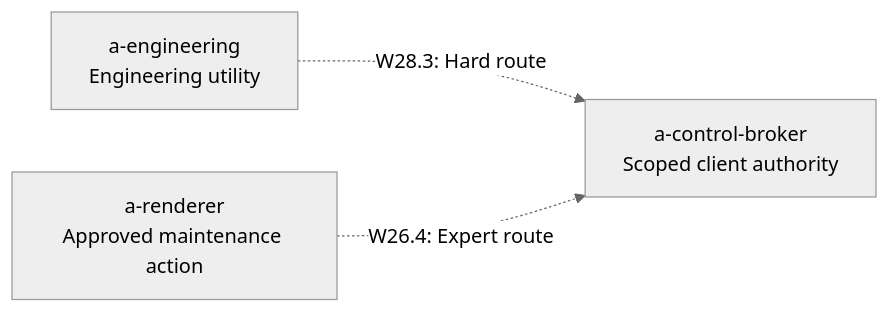
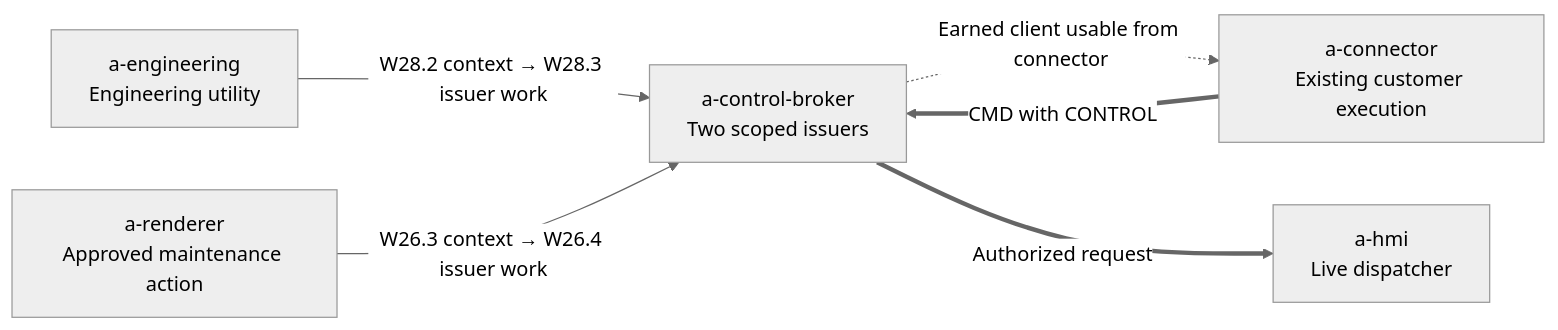
One commit to Brad-Edwards/shifter-scenarios changed the third of 3 diagrams in cinder-typhoon/design/logical-network/arwc-ot.md. Above: the diagram before and after it, drawn with Mermaid (neutral theme). The commit also changed other lines of this file and 27 other files, not shown here.

````diff
--- a/cinder-typhoon/design/logical-network/arwc-ot.md
+++ b/cinder-typhoon/design/logical-network/arwc-ot.md
@@ -87,8 +134,13 @@
 ```mermaid
 flowchart LR
   utility["a-engineering<br/>Engineering utility"]
   renderer["a-renderer<br/>Approved maintenance action"]
-  broker["a-control-broker<br/>Scoped client authority"]
-  utility -.->|W28.3: Hard route| broker
-  renderer -.->|W26.4: Expert route| broker
+  broker["a-control-broker<br/>Two scoped issuers"]
+  connector["a-connector<br/>Existing customer execution"]
+  dispatch["a-hmi<br/>Live dispatcher"]
+  utility -->|W28.2 context → W28.3 issuer work| broker
+  renderer -->|W26.3 context → W26.4 issuer work| broker
+  broker -.->|Earned client usable from connector| connector
+  connector ==>|CMD with CONTROL| broker
+  broker ==>|Authorized request| dispatch
 ```
````
